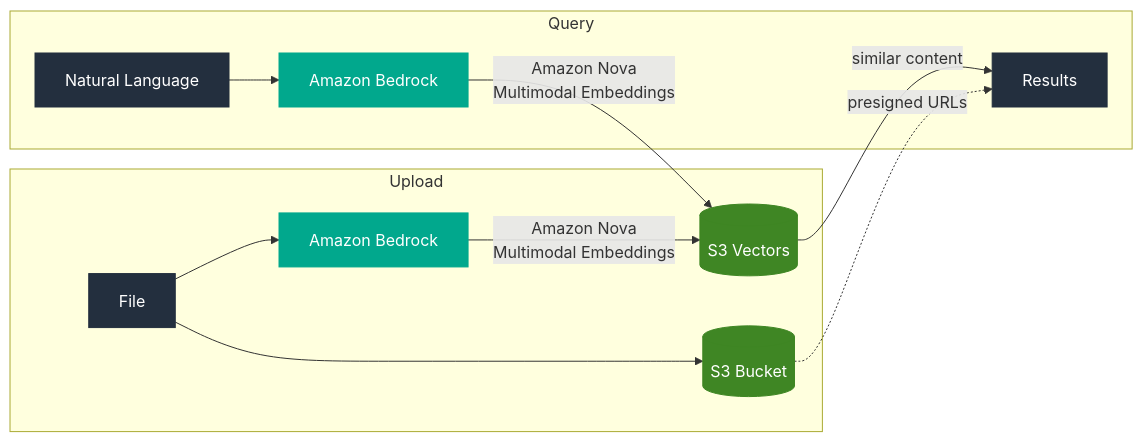
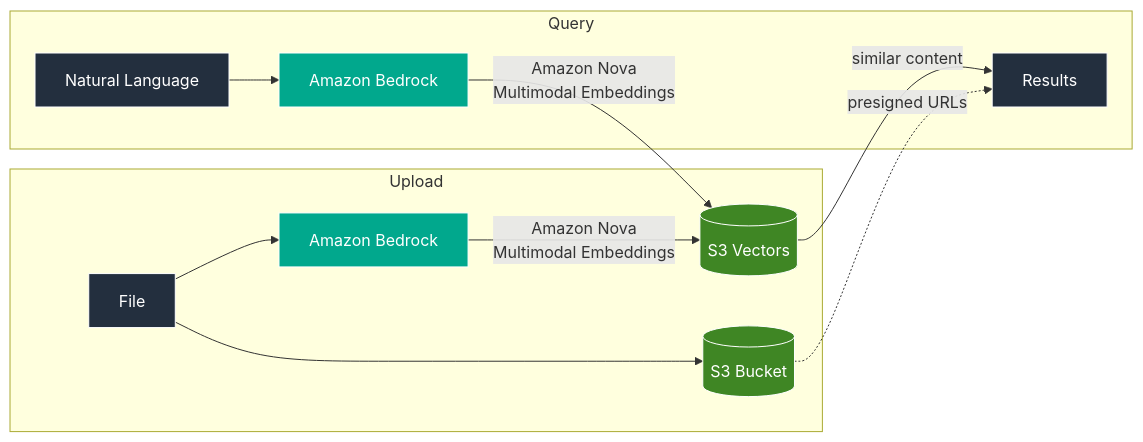
The first of 3 diagrams in README.md (danilop/semstash), drawn with Mermaid before and after one commit. The commit also changed 6 other files, not shown here.

First line of the commit message:
Refactor: consolidate shared utilities and fix Mermaid diagram colors

````diff
--- a/README.md
+++ b/README.md
@@ -15,23 +15,23 @@
 ```mermaid
 flowchart LR
     subgraph Upload
         F[File] --> S3[(S3 Bucket)]
         F --> Bedrock[Amazon Bedrock]
         Bedrock --> |Amazon Nova<br/>Multimodal Embeddings| SV[(S3 Vectors)]
     end
 
     subgraph Query
         Q[Natural Language] --> Bedrock2[Amazon Bedrock]
         Bedrock2 --> |Amazon Nova<br/>Multimodal Embeddings| SV
         SV --> |similar content| R[Results]
         S3 -.-> |presigned URLs| R
     end
 
-    style S3 fill:#3F8624,stroke:#3F8624,color:#fff
-    style SV fill:#3F8624,stroke:#3F8624,color:#fff
-    style Bedrock fill:#01A88D,stroke:#01A88D,color:#fff
-    style Bedrock2 fill:#01A88D,stroke:#01A88D,color:#fff
-    style F fill:#232F3E,stroke:#232F3E,color:#fff
-    style Q fill:#232F3E,stroke:#232F3E,color:#fff
-    style R fill:#232F3E,stroke:#232F3E,color:#fff
+    style S3 fill:#3F8624,stroke:#fff,color:#fff
+    style SV fill:#3F8624,stroke:#fff,color:#fff
+    style Bedrock fill:#01A88D,stroke:#fff,color:#fff
+    style Bedrock2 fill:#01A88D,stroke:#fff,color:#fff
+    style F fill:#232F3E,stroke:#fff,color:#fff
+    style Q fill:#232F3E,stroke:#fff,color:#fff
+    style R fill:#232F3E,stroke:#fff,color:#fff
 ```
````
